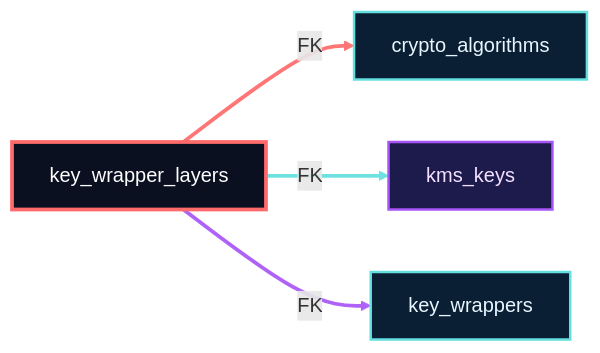
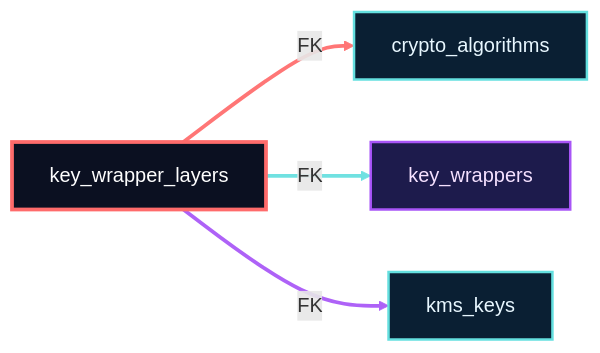
One commit to blackcatdatabase/table-key-wrapper-layers changed the diagram in README.md. Above: the diagram before and after it, drawn with Mermaid. The commit also changed 1 other file, not shown here.

````diff
--- a/README.md
+++ b/README.md
@@ -73,15 +73,15 @@
 ```mermaid
 graph LR
   %% Neon lineage view (auto-parsed from docs/definitions.md)
   classDef center fill:#0b1021,stroke:#ff6b6b,stroke-width:3px,color:#fefefe;
   classDef link fill:#0a1f33,stroke:#64dfdf,stroke-width:2px,color:#e8f7ff;
   classDef accent fill:#1d1b4c,stroke:#a855f7,stroke-width:2px,color:#f5e1ff;
   classDef inbound fill:#0f172a,stroke:#10b981,stroke-width:2px,color:#e2fcef;
   key_wrapper_layers["key_wrapper_layers"]:::center
   key_wrapper_layers -->|FK| crypto_algorithms["crypto_algorithms"]:::link
-  key_wrapper_layers -->|FK| kms_keys["kms_keys"]:::accent
-  key_wrapper_layers -->|FK| key_wrappers["key_wrappers"]:::link
+  key_wrapper_layers -->|FK| key_wrappers["key_wrappers"]:::accent
+  key_wrapper_layers -->|FK| kms_keys["kms_keys"]:::link
   linkStyle 0 stroke:#ff6b6b,stroke-width:3px,opacity:0.92;
   linkStyle 1 stroke:#64dfdf,stroke-width:3px,opacity:0.92;
   linkStyle 2 stroke:#a855f7,stroke-width:3px,opacity:0.92;
 ```
````
